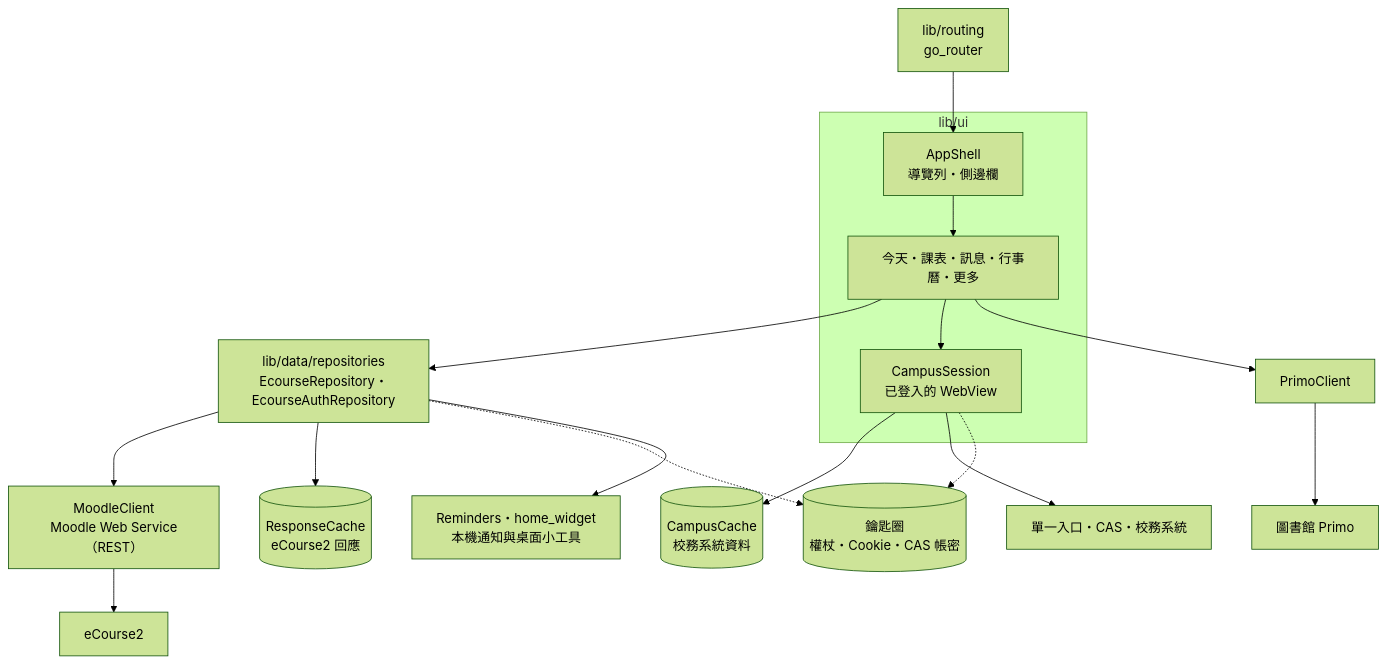
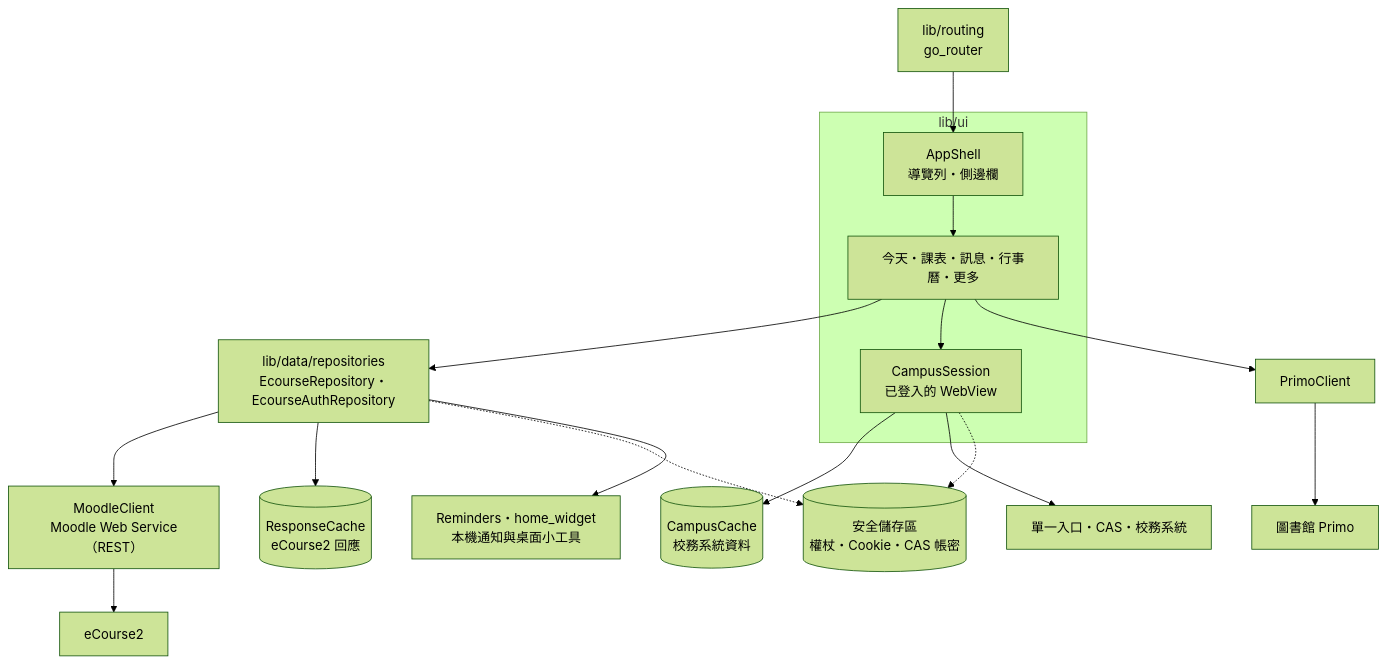
One commit to KoukeNeko/TAT-CCU changed the first of 2 diagrams in README.md. Above: the diagram before and after it, drawn with Mermaid (forest theme). The commit also changed other lines of this file, not shown here.

````diff
--- a/README.md
+++ b/README.md
@@ -124,21 +124,21 @@
 ```mermaid
 flowchart TB
   subgraph ui["lib/ui"]
     shell["AppShell<br>導覽列・側邊欄"]
     pages["今天・課表・訊息・行事曆・更多"]
     session["CampusSession<br>已登入的 WebView"]
   end
   router["lib/routing<br>go_router"] --> shell --> pages
   pages --> repo["lib/data/repositories<br>EcourseRepository・EcourseAuthRepository"]
   pages --> session
   repo --> moodle["MoodleClient<br>Moodle Web Service（REST）"]
   repo --> rcache[("ResponseCache<br>eCourse2 回應")]
   session --> ccache[("CampusCache<br>校務系統資料")]
   pages --> primo["PrimoClient"]
   moodle --> ecourse["eCourse2"]
   session --> campus["單一入口・CAS・校務系統"]
   primo --> library["圖書館 Primo"]
-  repo -.-> keychain[("鑰匙圈<br>權杖・Cookie・CAS 帳密")]
+  repo -.-> keychain[("安全儲存區<br>權杖・Cookie・CAS 帳密")]
   session -.-> keychain
   repo --> local["Reminders・home_widget<br>本機通知與桌面小工具"]
 ```
````
